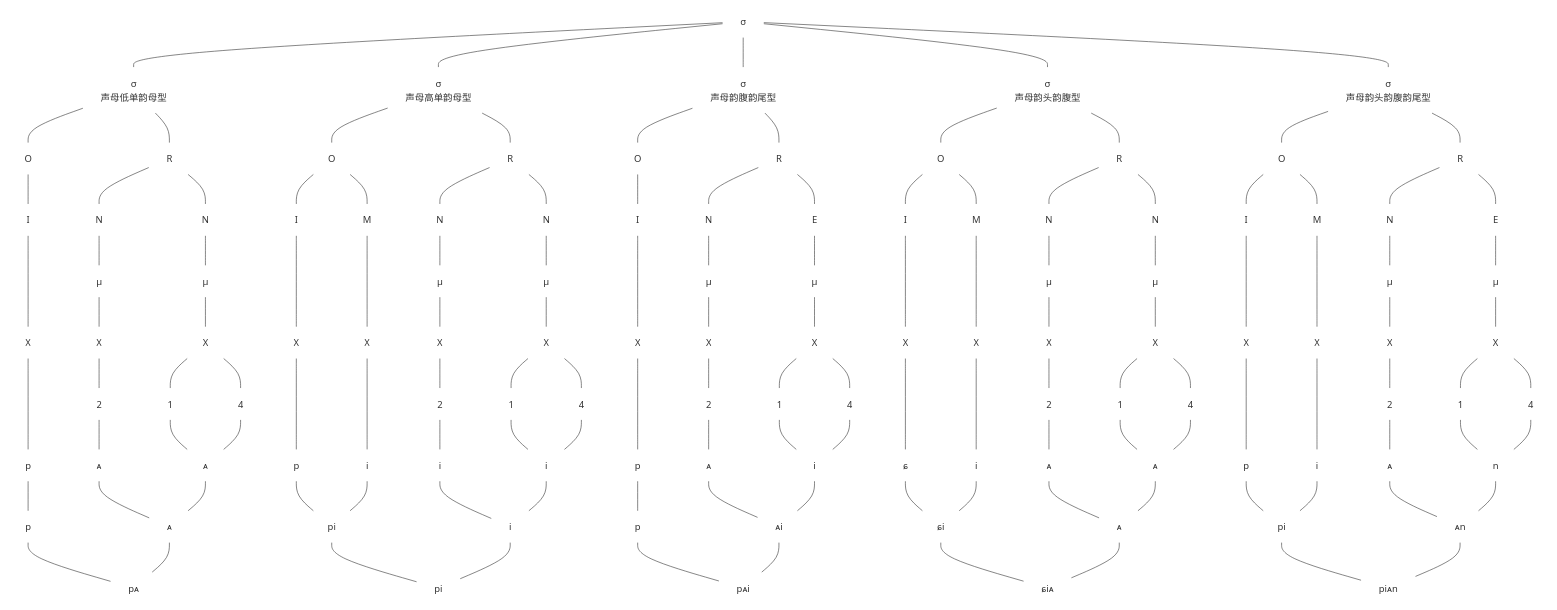
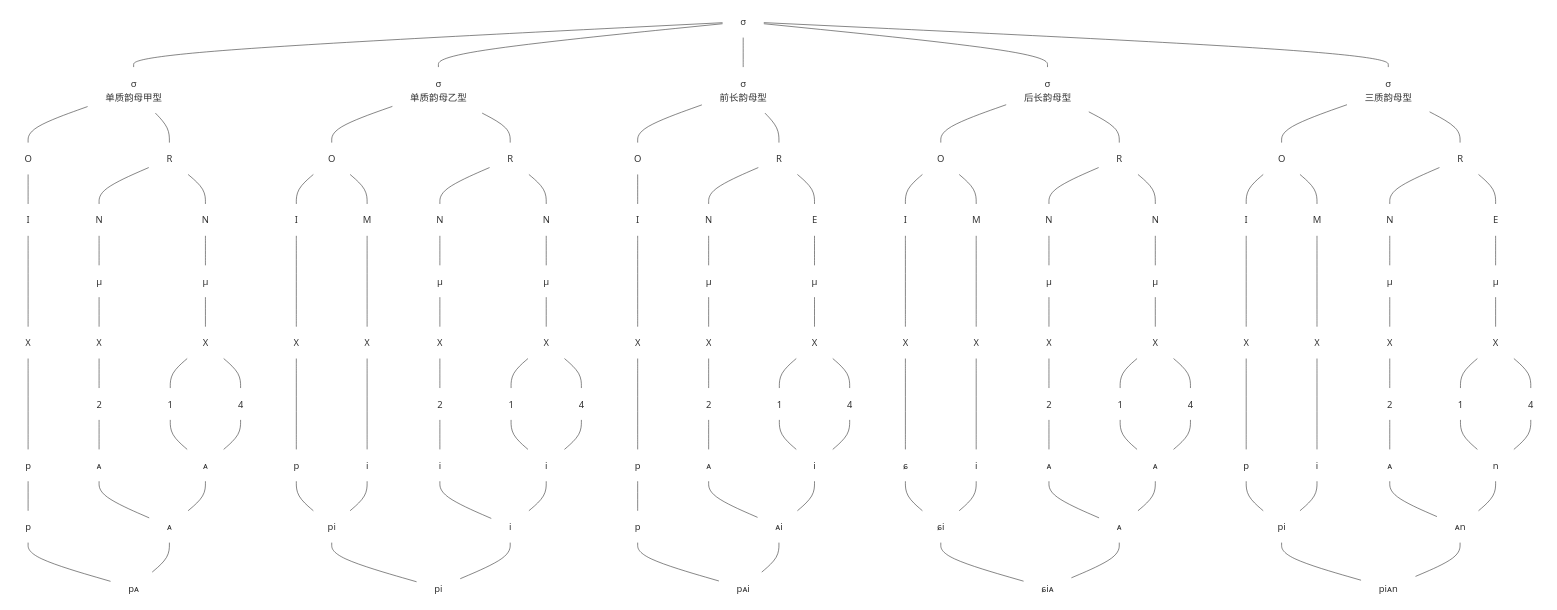
The diagram in YIME_Theory/flowchart/与韵素相联结的调素_2.mmd (tsaanghwang/Yime-prototype), drawn with Mermaid before and after one commit. The commit also changed 16 other files, not shown here.

```diff
--- a/YIME_Theory/flowchart/与韵素相联结的调素_2.mmd
+++ b/YIME_Theory/flowchart/与韵素相联结的调素_2.mmd
@@ -1,142 +1,142 @@
 graph TB
-A[σ]  --- B1[σ<br>声母低单韵母型]
-A --- B2[σ<br>声母高单韵母型]
-A --- B3[σ<br>声母韵腹韵尾型]
-A --- B4[σ<br>声母韵头韵腹型]
-A --- B5[σ<br>声母韵头韵腹韵尾型]
+A[σ]  --- B1[σ<br>单质韵母甲型]
+A --- B2[σ<br>单质韵母乙型]
+A --- B3[σ<br>前长韵母型]
+A --- B4[σ<br>后长韵母型]
+A --- B5[σ<br>三质韵母型]
 
 B2 --- C1[O]
 B2 --- C2[R]
 C1 --- C3[I]
 C1 --- C4[M]
 C2 --- C5[N]
 C2 --- C6[N]
 C5 --- C7[μ]
 C6 --- C8[μ]
 C3 ---- C9[X]
 C4 ---- C10[X]
 C7 --- C11[X]
 C8 --- C12[X]
 C9 ---- C13[p]
 C10 ---- C14[i]
 C11 --- C15[2]
 C12 --- C16[1]
 C12 --- C17[4]
 C13 --- C18[pi]
 C14 --- C18
 C15 --- C19[i]
 C16 --- C20[i]
 C17 --- C20[i]
 C19 --- C21[i]
 C20 --- C21
 C18 --- C22[pi]
 C21 --- C22
 
 B3 --- D1[O]
 B3 --- D2[R]
 D1 --- D3[I]
 D2 --- D4[N]
 D2 --- D5[E]
 D4 --- D6[μ]
 D5 --- D7[μ]
 D3 ---- D8[X]
 D6 --- D9[X]
 D7 --- D10[X]
 D8 ---- D11[p]
 D9 --- D12[2]
 D10 --- D13[1]
 D10 --- D14[4]
 D11 --- D15[p]
 D12 --- D16[ᴀ]
 D13 --- D17[i]
 D14 --- D17
 D16 --- D18[ᴀi]
 D17 --- D18
 D15 --- D19[pᴀi]
 D18 --- D19
 
 B4 --- E1[O]
 B4 --- E2[R]
 E1 --- E3[I]
 E1 --- E4[M]
 E2 --- E5[N]
 E2 --- E6[N]
 E5 --- E7[μ]
 E6 --- E8[μ]
 E3 ---- E9[X]
 E4 ---- E10[X]
 E7 --- E11[X]
 E8 --- E12[X]
 E9 ---- E13[ɕ]
 E10 ---- E14[i]
 E11 --- E15[2]
 E12 --- E16[1]
 E12 --- E17[4]
 E13 --- E18[ɕi]
 E14 --- E18
 E15 --- E19[ᴀ]
 E16 --- E20[ᴀ]
 E17 --- E20[ᴀ]
 E19 --- E21[ᴀ]
 E20 --- E21
 E18 --- E22[ɕiᴀ]
 E21 --- E22
 
 B5 --- F1[O]
 B5 --- F2[R]
 F1 --- F3[I]
 F1 --- F4[M]
 F2 --- F5[N]
 F2 --- F6[E]
 F5 --- F7[μ]
 F6 --- F8[μ]
 F3 ---- F9[X]
 F4 ---- F10[X]
 F7 --- F11[X]
 F8 --- F12[X]
 F9 ---- F13[p]
 F10 ---- F14[i]
 F11 --- F15[2]
 F12 --- F16[1]
 F12 --- F17[4]
 F13 --- F18[pi]
 F14 --- F18
 F15 --- F19[ᴀ]
 F16 --- F20[n]
 F17 --- F20
 F19 --- F21[ᴀn]
 F20 --- F21
 F18 --- F22[piᴀn]
 F21 --- F22
 
 
 B1 --- G1[O]
 B1 --- G2[R]
 G1 --- G3[I]
 G2 --- G4[N]
 G2 --- G5[N]
 G4 --- G6[μ]
 G5 --- G7[μ]
 G3 ---- G8[X]
 G6 --- G9[X]
 G7 --- G10[X]
 G8 ---- G11[p]
 G9 --- G12[2]
 G10 --- G13[1]
 G10 --- G14[4]
 G11 --- G15[p]
 G12 --- G16[ᴀ]
 G13 --- G17[ᴀ]
 G14 --- G17
 G16 --- G18[ᴀ]
 G17 --- G18
 G15 --- G19[pᴀ]
 G18 --- G19
 
 classDef plain fill:none,stroke:none;
 class A,B1,B2,B3,B4,B5 plain;
 class C1,C2,C3,C4,C5,C6,C7,C8,C9,C10,C11,C12,C13,C14,C15,C16,C18,C17,C19,C20,C21,C22 plain;
 class D1,D2,D3,D4,D5,D6,D7,D8,D9,D10,D11,D12,D13,D14,D15,D16,D17,D18,D19 plain;
 class E1,E2,E3,E4,E5,E6,E7,E8,E9,E10,E11,E12,E13,E14,E15,E17,E16,E18,E19,E20,E21,E22 plain;
 class F1,F2,F3,F4,F5,F6,F7,F8,F9,F10,F11,F12,F13,F14,F15,F16,F17,F18,F19,F20,F21,F22 plain;
 class G1,G2,G3,G4,G5,G6,G7,G8,G9,G10,G11,G12,G13,G14,G15,G16,G17,G18,G19 plain;
```
